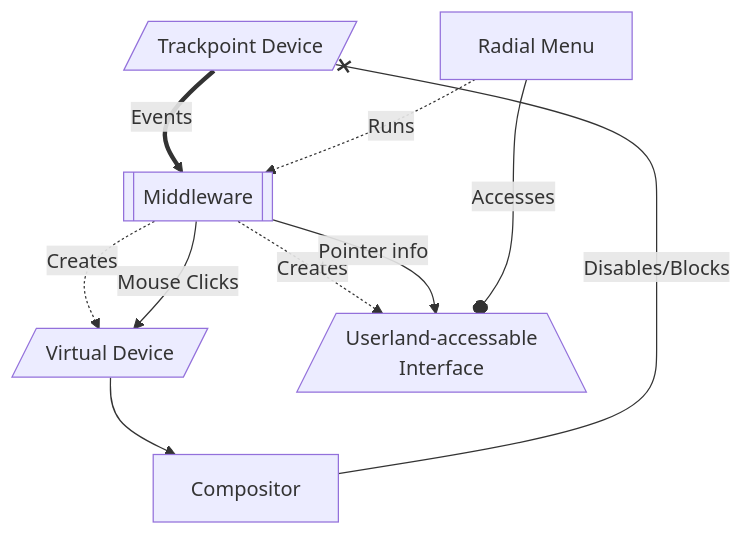
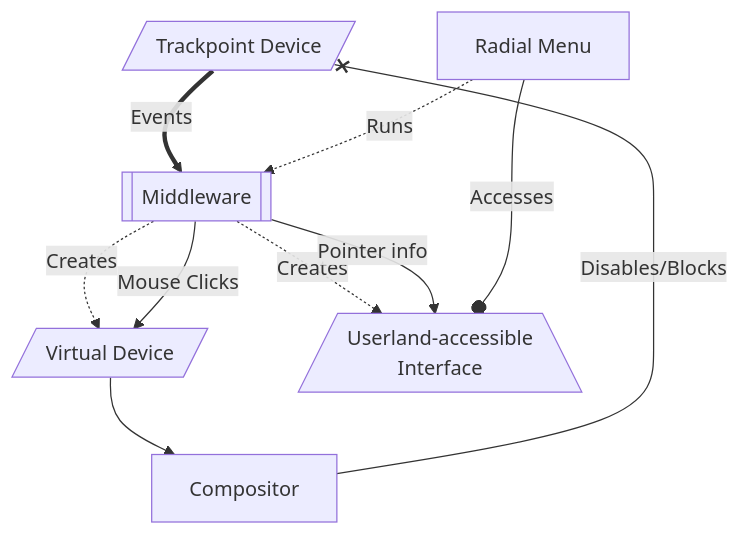
One commit to NinjacksonXV/trackpoint-radial-menu changed the first of 2 diagrams in README.md. Above: the diagram before and after it, drawn with Mermaid. The commit also changed other lines of this file, not shown here.

````diff
--- a/README.md
+++ b/README.md
@@ -14,15 +14,15 @@
 ```mermaid
 flowchart TD;
 	tp[/Trackpoint Device/];
 	vd[/Virtual Device/];
-	if[/Userland-accessable<br>Interface\]
+	if[/Userland-accessible<br>Interface\]
 	app[Radial Menu];
 	mm[[Middleware]];
 	tp ==Events==> mm 
 	mm -. Creates .-> vd
 	mm -- Mouse Clicks --> vd --> Compositor --Disables/Blocks--x tp
 	app -. Runs .-> mm
 	mm -. Creates .-> if
 	mm -- Pointer info --> if 
 	app -- Accesses --o if
 ```
````
